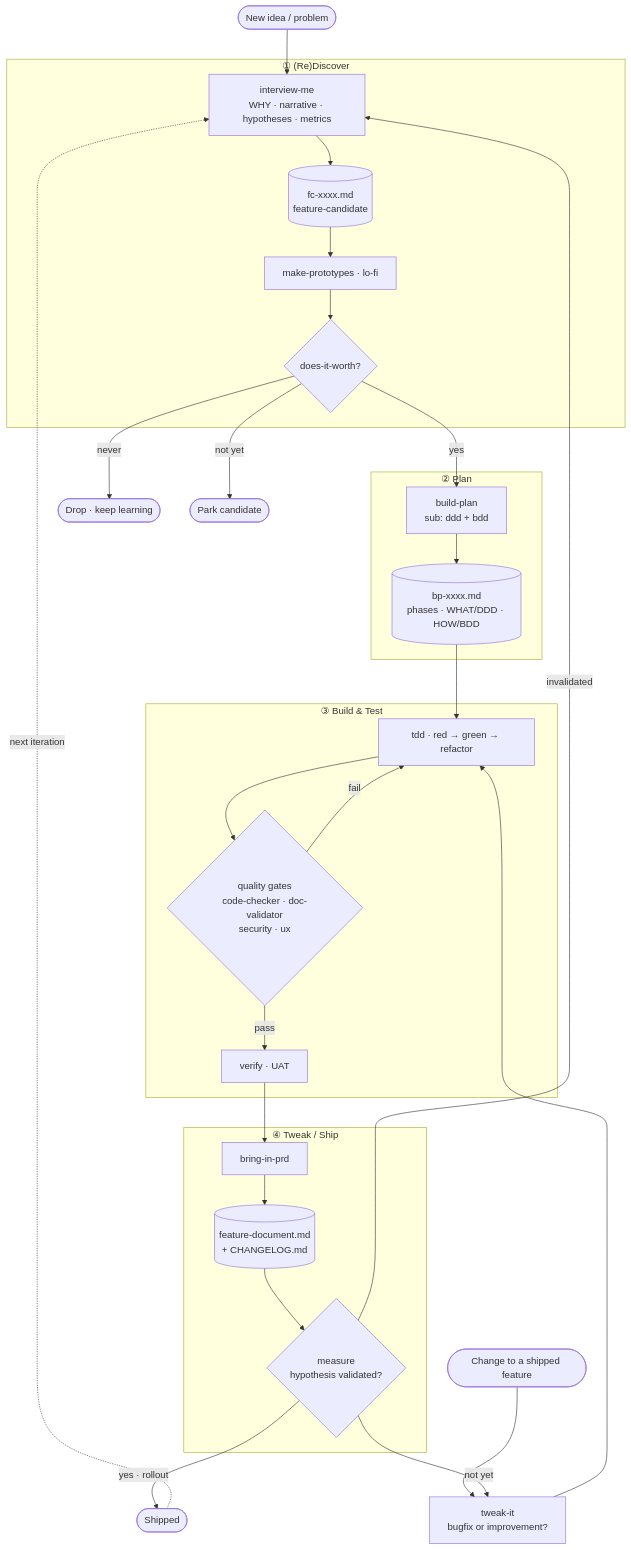
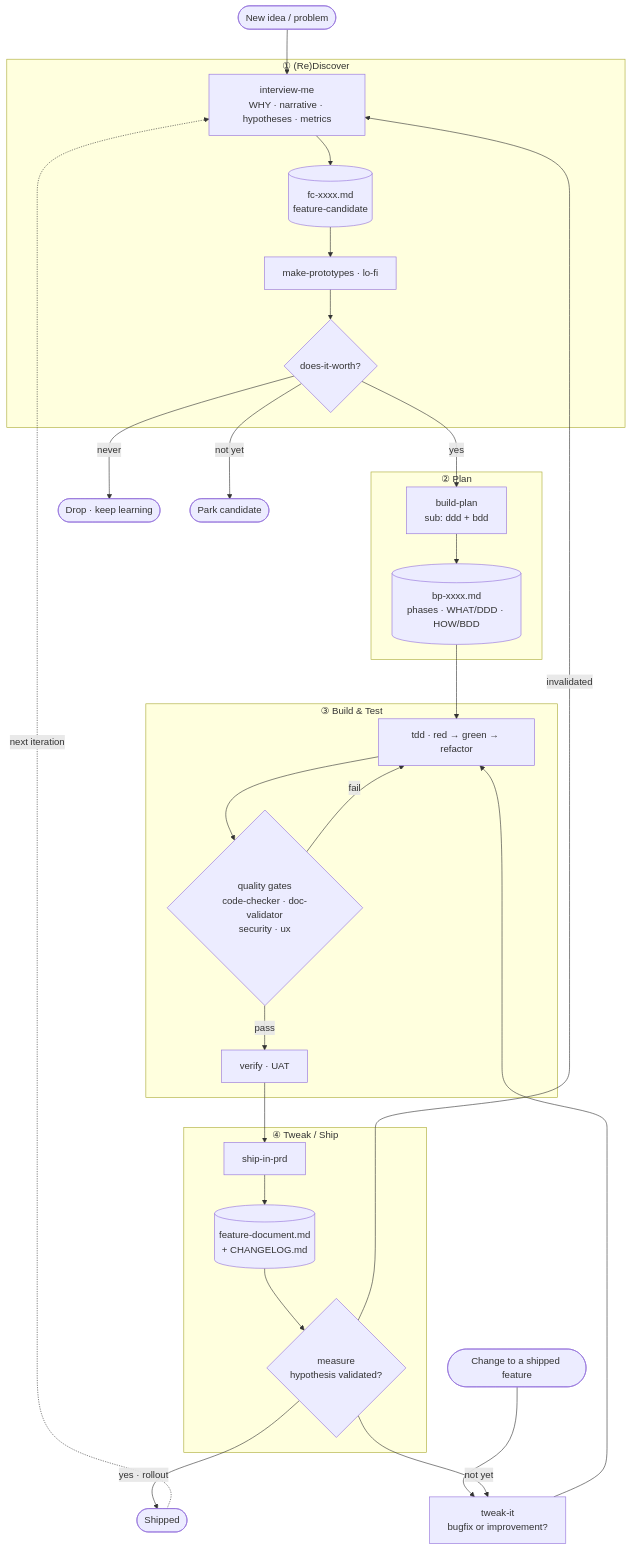
The diagram in _brainstorm.md (giovannibeltrame/buildloop), drawn with Mermaid before and after one commit. The commit also changed other lines of this file, not shown here.

````diff
--- a/_brainstorm.md
+++ b/_brainstorm.md
@@ -43,41 +42,41 @@
 ```mermaid
 flowchart TD
     NEW([New idea / problem]) --> IM
     CHG([Change to a shipped feature]) --> TI
 
     subgraph RD["① (Re)Discover"]
         IM[interview-me<br/>WHY · narrative · hypotheses · metrics] --> FC[(fc-xxxx.md<br/>feature-candidate)]
         FC --> MP[make-prototypes · lo-fi]
         MP --> DIW{does-it-worth?}
     end
 
     DIW -->|never| DROP([Drop · keep learning])
     DIW -->|not yet| PARK([Park candidate])
     DIW -->|yes| BPL
 
     subgraph PL["② Plan"]
         BPL[build-plan<br/>sub: ddd + bdd] --> BP[(bp-xxxx.md<br/>phases · WHAT/DDD · HOW/BDD)]
     end
 
     BP --> TDD
 
     subgraph BT["③ Build & Test"]
         TDD[tdd · red → green → refactor] --> QG{quality gates<br/>code-checker · doc-validator<br/>security · ux}
         QG -->|fail| TDD
         QG -->|pass| VER[verify · UAT]
     end
 
     VER --> BIP
 
     subgraph SH["④ Tweak / Ship"]
-        BIP[bring-in-prd] --> FD[(feature-document.md<br/>+ CHANGELOG.md)]
+        BIP[ship-in-prd] --> FD[(feature-document.md<br/>+ CHANGELOG.md)]
         FD --> MEAS{measure<br/>hypothesis validated?}
     end
 
     MEAS -->|yes · rollout| DONE([Shipped])
     MEAS -->|not yet| TI
     MEAS -->|invalidated| IM
 
     TI[tweak-it<br/>bugfix or improvement?] --> TDD
     DONE -.next iteration.-> IM
 ```
````
